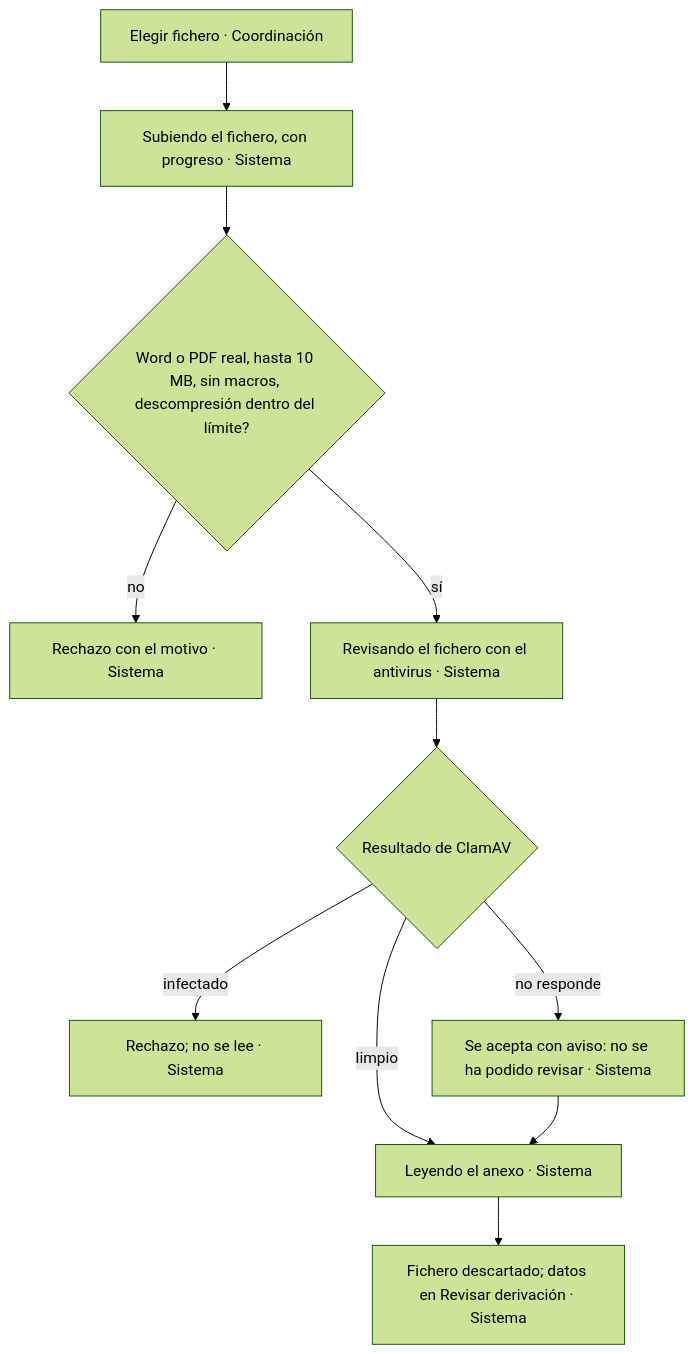
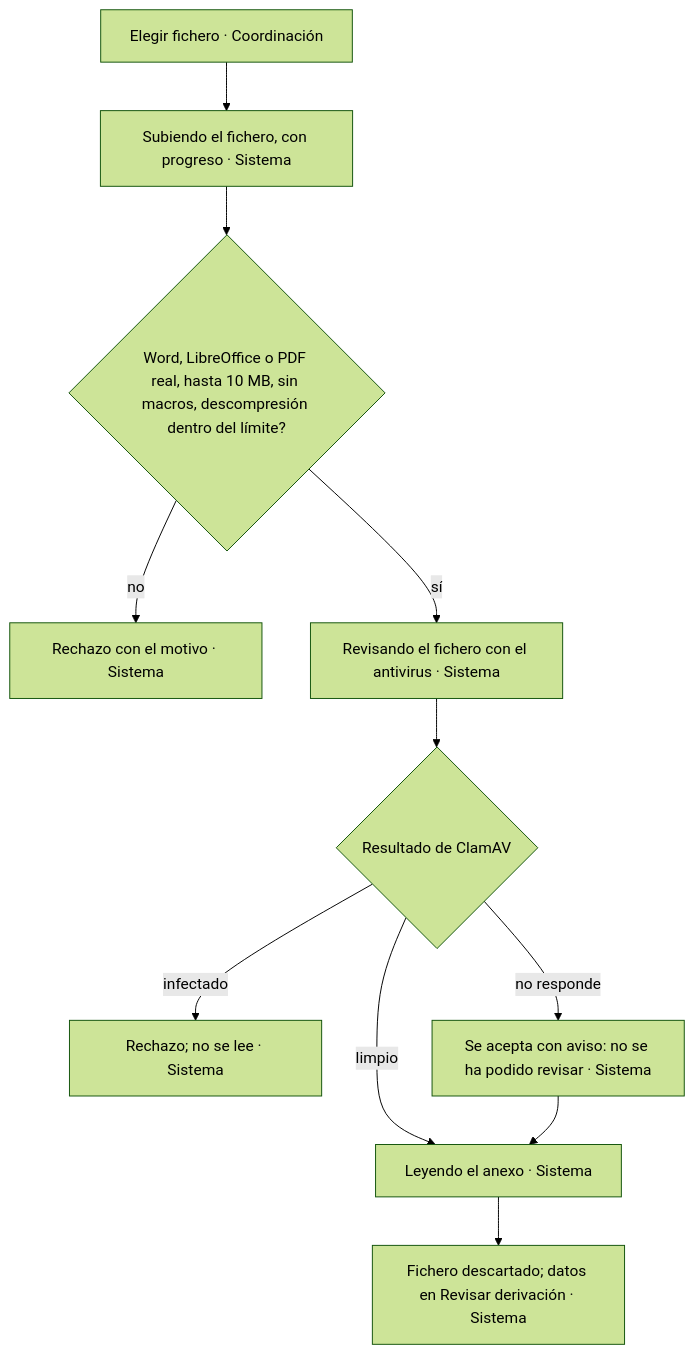
Diagram 17 of 18 in docs/producto/FLUJO_APP.md (aavidad/expedientes-etf), drawn with Mermaid (forest theme) before and after one commit. The commit also changed other lines of this file and 196 other files, not shown here.

````diff
--- a/docs/producto/FLUJO_APP.md
+++ b/docs/producto/FLUJO_APP.md
@@ -803,13 +820,13 @@
 ```mermaid
 flowchart TD
   A[Elegir fichero · Coordinación] --> B[Subiendo el fichero, con progreso · Sistema]
-  B --> C{Word o PDF real, hasta 10 MB, sin macros, descompresión dentro del límite?}
+  B --> C{Word, LibreOffice o PDF real, hasta 10 MB, sin macros, descompresión dentro del límite?}
   C -- no --> C1[Rechazo con el motivo · Sistema]
   C -- sí --> D[Revisando el fichero con el antivirus · Sistema]
   D --> E{Resultado de ClamAV}
   E -- infectado --> E1[Rechazo; no se lee · Sistema]
   E -- no responde --> F[Se acepta con aviso: no se ha podido revisar · Sistema]
   E -- limpio --> G[Leyendo el anexo · Sistema]
   F --> G
   G --> H[Fichero descartado; datos en Revisar derivación · Sistema]
 ```
````
